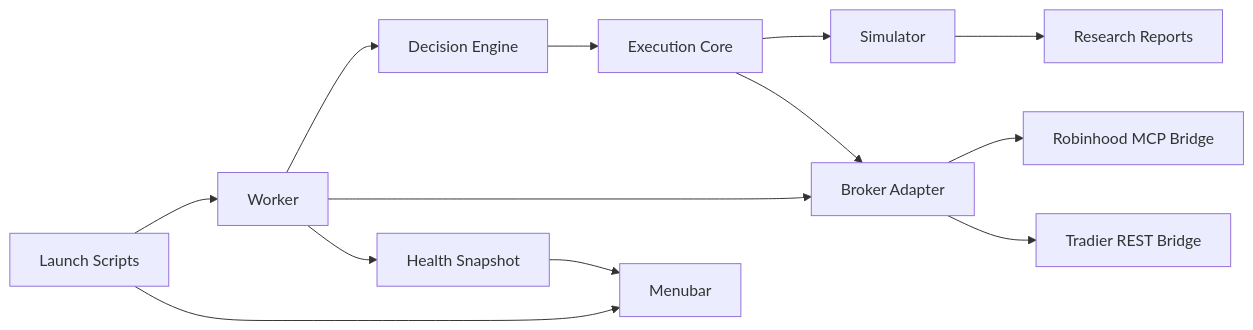
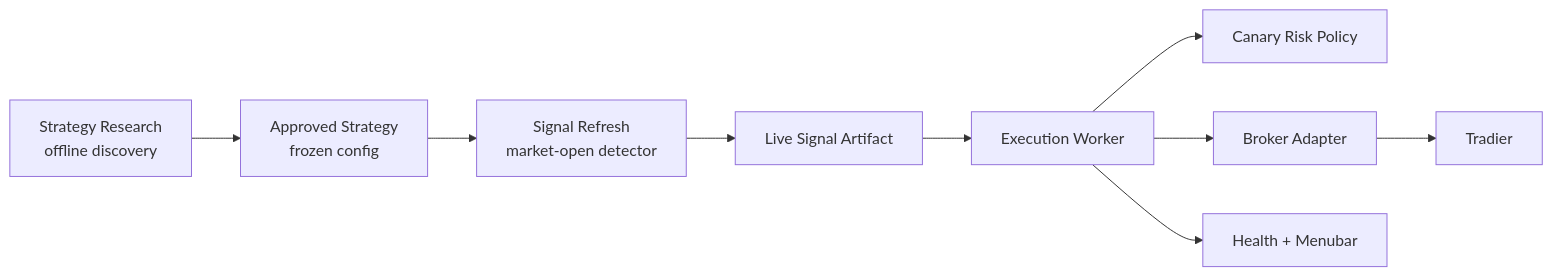
Before and after one commit to 1duo/SpreadFoundry: the first of 2 diagrams in docs/production_architecture.md, drawn with Mermaid. The commit also changed other lines of this file and 29 other files, not shown here.

Commit message:
Wire menubar to execution services

````diff
--- a/docs/production_architecture.md
+++ b/docs/production_architecture.md
@@ -15,15 +7,11 @@
 ```mermaid
 flowchart LR
-  D["Decision Engine"] --> I["Execution Core"]
-  I --> S["Simulator"]
-  I --> B["Broker Adapter"]
-  S --> R["Research Reports"]
-  B --> RH["Robinhood MCP Bridge"]
-  B --> TR["Tradier REST Bridge"]
-  W["Worker"] --> D
-  W --> B
-  W --> H["Health Snapshot"]
-  H --> M["Menubar"]
-  L["Launch Scripts"] --> W
-  L --> M
+  R["Strategy Research\noffline discovery"] --> A["Approved Strategy\nfrozen config"]
+  A --> S["Signal Refresh\nmarket-open detector"]
+  S --> J["Live Signal Artifact"]
+  J --> W["Execution Worker"]
+  W --> K["Canary Risk Policy"]
+  W --> B["Broker Adapter"]
+  B --> T["Tradier"]
+  W --> H["Health + Menubar"]
 ```
````
